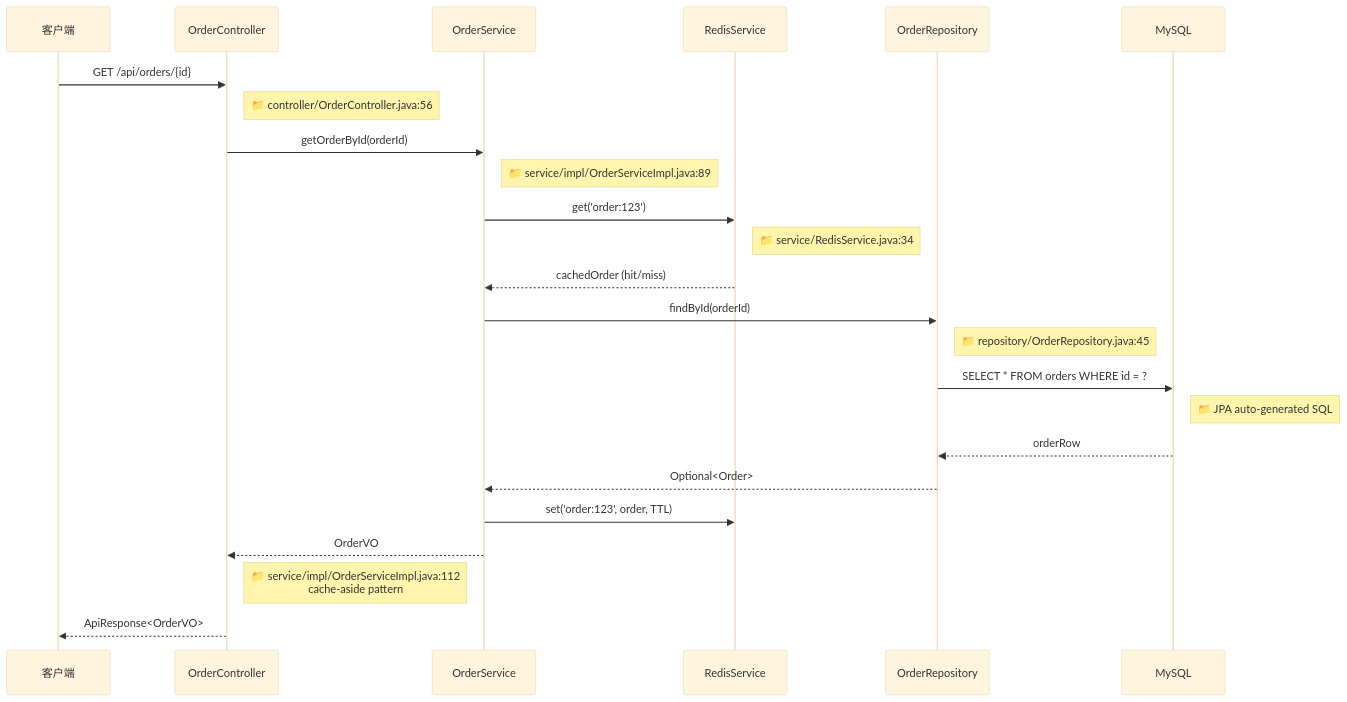
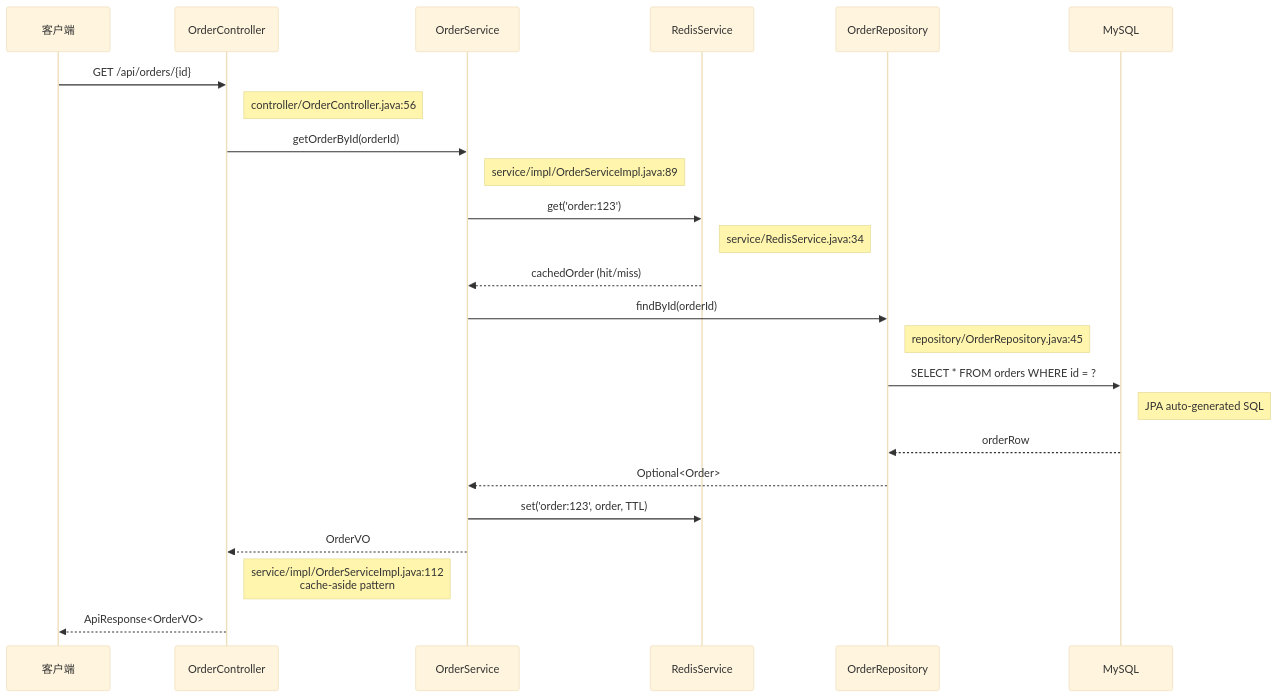
Before and after one commit to CaostGrace/project-arch-reverse: the fifth of 6 diagrams in references/java-backend-template.md, drawn with Mermaid (base theme). The commit also changed other lines of this file and 10 other files, not shown here.

Commit message:
fix: 修复 12.1 流程图 Mermaid 渲染问题 - 结构重组+节点引号+形状修复

````diff
--- a/references/java-backend-template.md
+++ b/references/java-backend-template.md
@@ -316,27 +328,27 @@
 ```mermaid
 sequenceDiagram
     participant Client as 客户端
     participant Ctrl as OrderController
     participant Svc as OrderService
     participant Cache as RedisService
     participant Repo as OrderRepository
     participant DB as MySQL
 
     Client->>Ctrl: GET /api/orders/{id}
-    Note right of Ctrl: 📁 controller/OrderController.java:56
+    Note right of Ctrl:  controller/OrderController.java:56
     Ctrl->>Svc: getOrderById(orderId)
-    Note right of Svc: 📁 service/impl/OrderServiceImpl.java:89
+    Note right of Svc:  service/impl/OrderServiceImpl.java:89
     Svc->>Cache: get('order:123')
-    Note right of Cache: 📁 service/RedisService.java:34
+    Note right of Cache:  service/RedisService.java:34
     Cache-->>Svc: cachedOrder (hit/miss)
     Svc->>Repo: findById(orderId)
-    Note right of Repo: 📁 repository/OrderRepository.java:45
+    Note right of Repo:  repository/OrderRepository.java:45
     Repo->>DB: SELECT * FROM orders WHERE id = ?
-    Note right of DB: 📁 JPA auto-generated SQL
+    Note right of DB:  JPA auto-generated SQL
     DB-->>Repo: orderRow
     Repo-->>Svc: Optional<Order>
     Svc->>Cache: set('order:123', order, TTL)
     Svc-->>Ctrl: OrderVO
-    Note left of Svc: 📁 service/impl/OrderServiceImpl.java:112<br/>cache-aside pattern
+    Note left of Svc:  service/impl/OrderServiceImpl.java:112<br>cache-aside pattern
     Ctrl-->>Client: ApiResponse<OrderVO>
 ```
````
